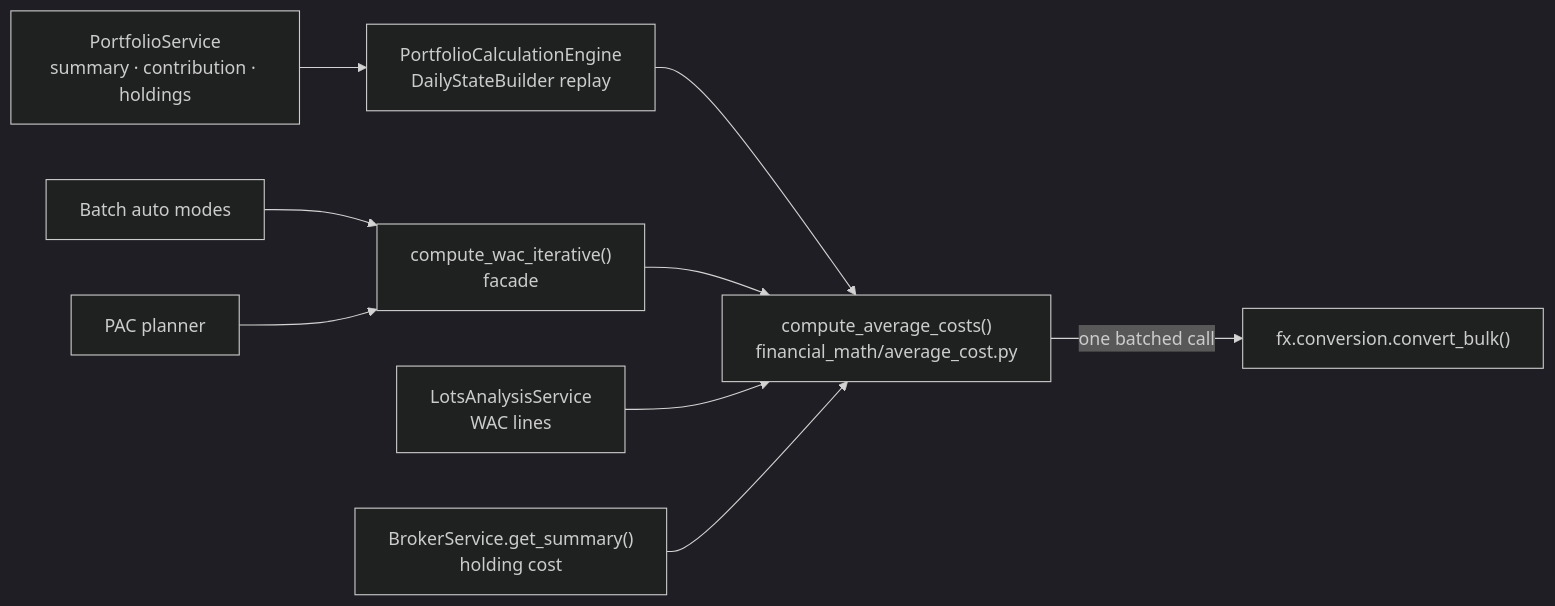
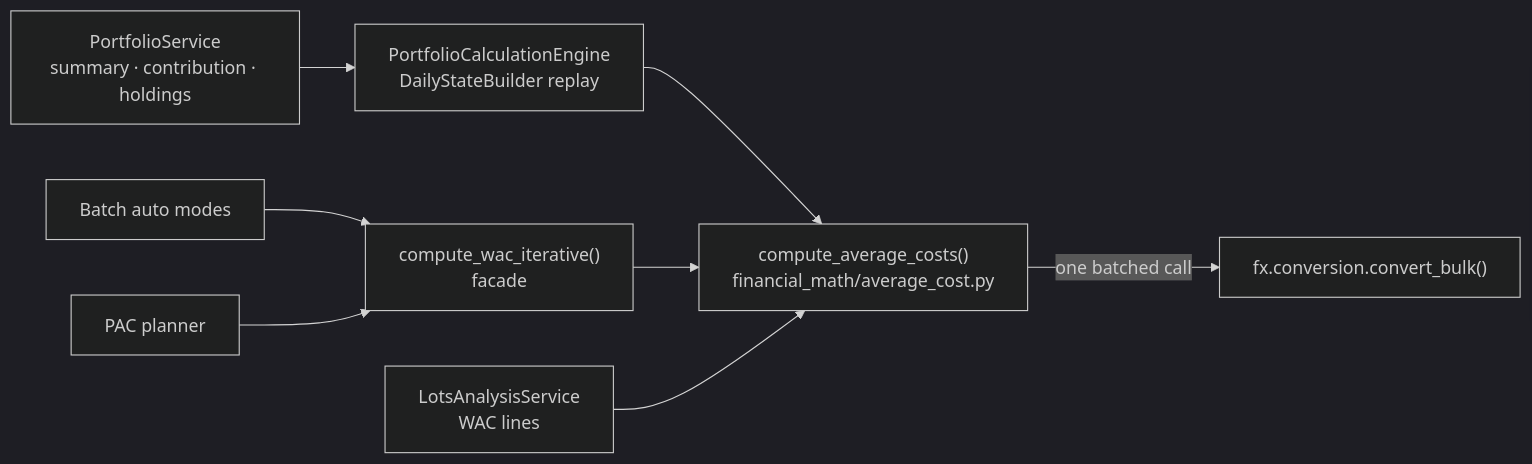
Before and after one commit to Librefolio/LibreFolio: the diagram in mkdocs_src/docs/developer/backend/transactions/wac.md, drawn with Mermaid (dark theme). The commit also changed other lines of this file and 27 other files, not shown here.

First line of the commit message:
refactor(api)!: remove GET /brokers/{id}/summary

````diff
--- a/mkdocs_src/docs/developer/backend/transactions/wac.md
+++ b/mkdocs_src/docs/developer/backend/transactions/wac.md
@@ -16,20 +16,18 @@
 ```mermaid
 flowchart LR
     AC["compute_average_costs()<br/>financial_math/average_cost.py"]
     FX["fx.conversion.convert_bulk()"]
     Engine["PortfolioCalculationEngine<br/>DailyStateBuilder replay"]
     PS["PortfolioService<br/>summary · contribution · holdings"]
     Facade["compute_wac_iterative()<br/>facade"]
     Batch["Batch auto modes"]
     Pac["PAC planner"]
     Lots["LotsAnalysisService<br/>WAC lines"]
-    Broker["BrokerService.get_summary()<br/>holding cost"]
 
     AC -->|"one batched call"| FX
     PS --> Engine --> AC
     Batch --> Facade
     Pac --> Facade
     Facade --> AC
     Lots --> AC
-    Broker --> AC
 ```
````
